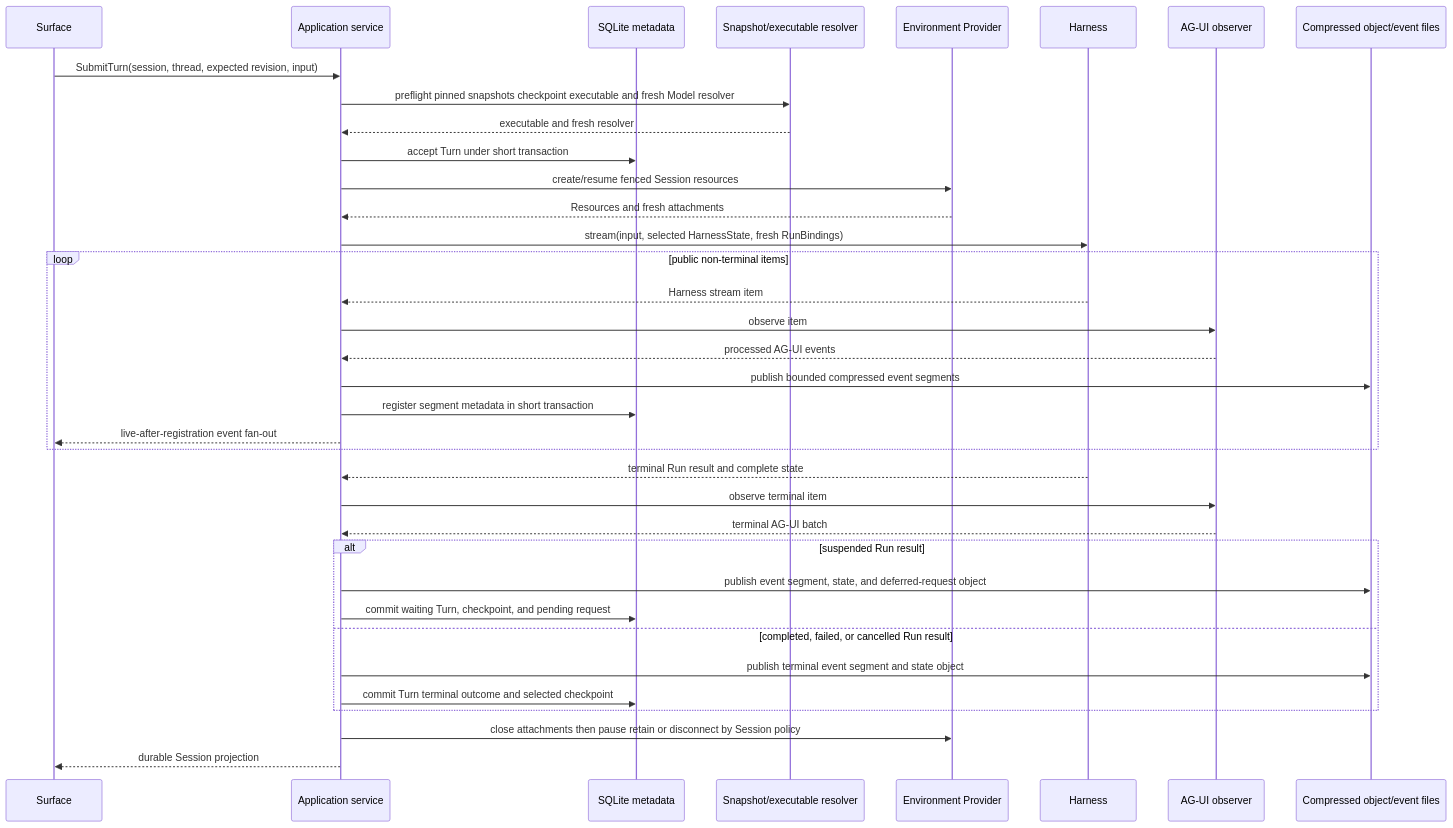
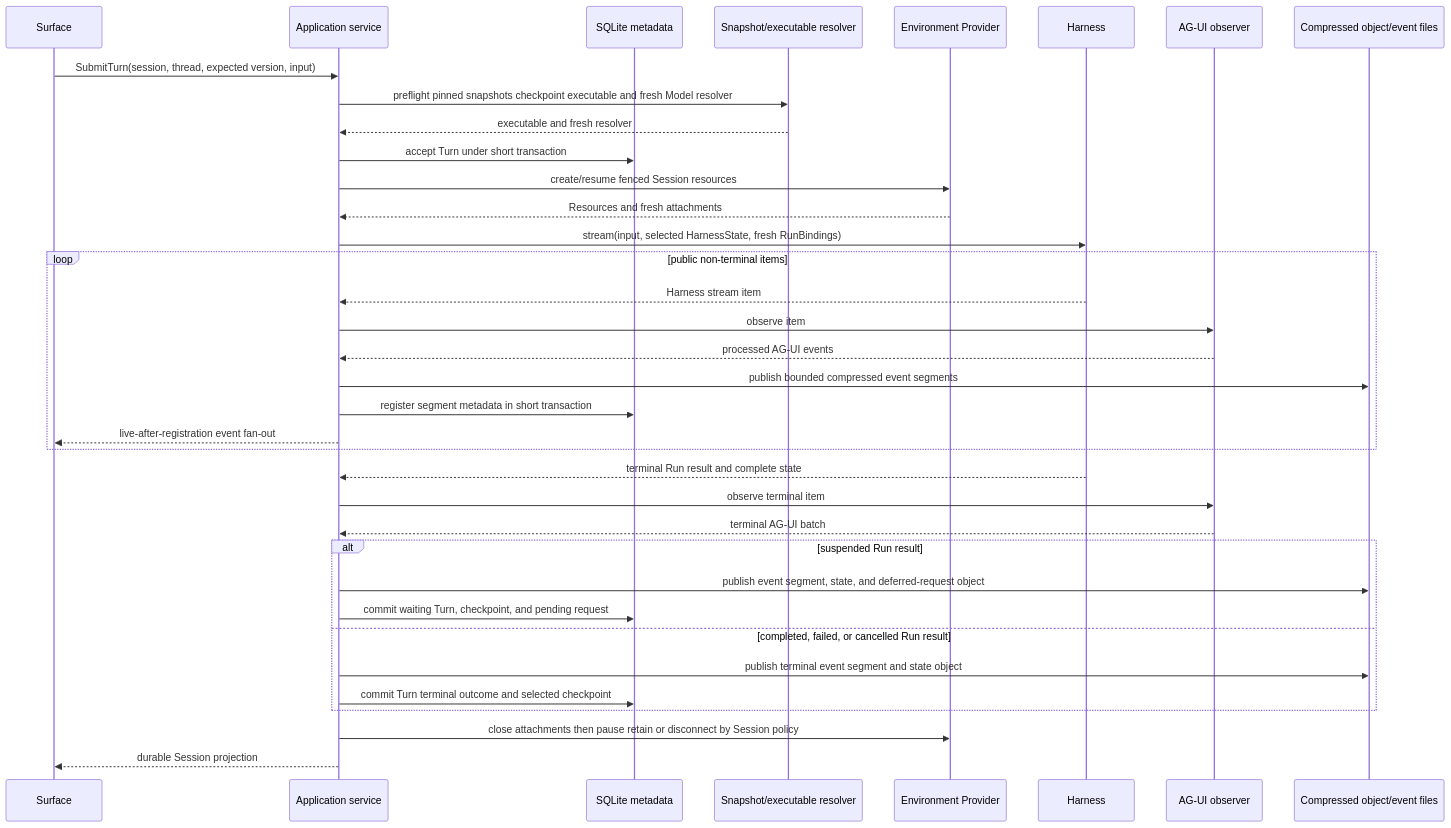
The fourth of 7 diagrams in spec/agent-ui/05-runtime-subagents-and-surfaces.md (LTThreeComma/agent-foundation), drawn with Mermaid before and after one commit. The commit also changed other lines of this file and 91 other files, not shown here.

````diff
--- a/spec/agent-ui/05-runtime-subagents-and-surfaces.md
+++ b/spec/agent-ui/05-runtime-subagents-and-surfaces.md
@@ -190,39 +190,39 @@
 ```mermaid
 sequenceDiagram
     participant Surface
     participant App as Application service
     participant DB as SQLite metadata
     participant Resolver as Snapshot/executable resolver
     participant Provider as Environment Provider
     participant Harness
     participant Observer as AG-UI observer
     participant Files as Compressed object/event files
 
-    Surface->>App: SubmitTurn(session, thread, expected revision, input)
+    Surface->>App: SubmitTurn(session, thread, expected version, input)
     App->>Resolver: preflight pinned snapshots checkpoint executable and fresh Model resolver
     Resolver-->>App: executable and fresh resolver
     App->>DB: accept Turn under short transaction
     App->>Provider: create/resume fenced Session resources
     Provider-->>App: Resources and fresh attachments
     App->>Harness: stream(input, selected HarnessState, fresh RunBindings)
     loop public non-terminal items
         Harness-->>App: Harness stream item
         App->>Observer: observe item
         Observer-->>App: processed AG-UI events
         App->>Files: publish bounded compressed event segments
         App->>DB: register segment metadata in short transaction
         App-->>Surface: live-after-registration event fan-out
     end
     Harness-->>App: terminal Run result and complete state
     App->>Observer: observe terminal item
     Observer-->>App: terminal AG-UI batch
     alt suspended Run result
         App->>Files: publish event segment, state, and deferred-request object
         App->>DB: commit waiting Turn, checkpoint, and pending request
     else completed, failed, or cancelled Run result
         App->>Files: publish terminal event segment and state object
         App->>DB: commit Turn terminal outcome and selected checkpoint
     end
     App->>Provider: close attachments then pause retain or disconnect by Session policy
     App-->>Surface: durable Session projection
 ```
````
